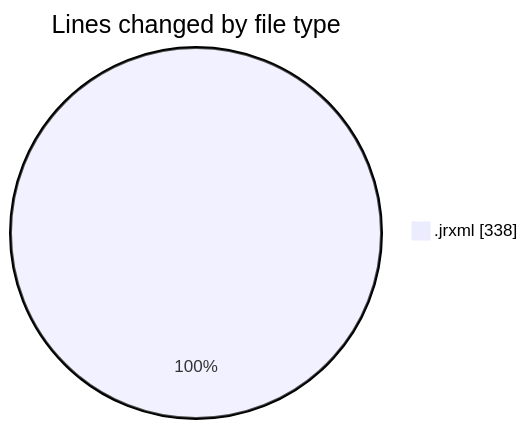
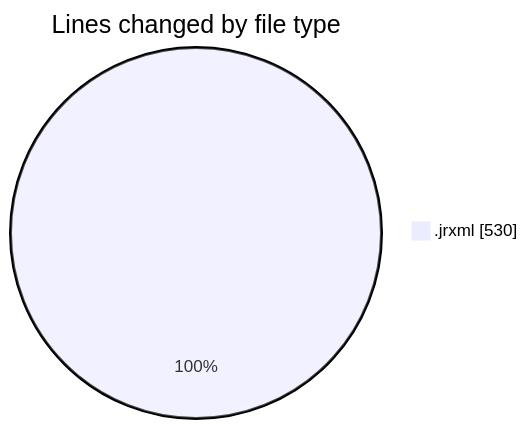
Before and after one commit to ricardozamudiocil/code-tracking: the first of 2 diagrams in 2026-04-28/cilreports__workspace_/README.md, drawn with Mermaid. The commit also changed other lines of this file and 1 other file, not shown here.

````diff
--- a/2026-04-28/cilreports__workspace_/README.md
+++ b/2026-04-28/cilreports__workspace_/README.md
@@ -20,5 +20,5 @@
 ```mermaid
 pie showData
 title Lines changed by file type
-".jrxml" : 338
+".jrxml" : 530
 ```
````
